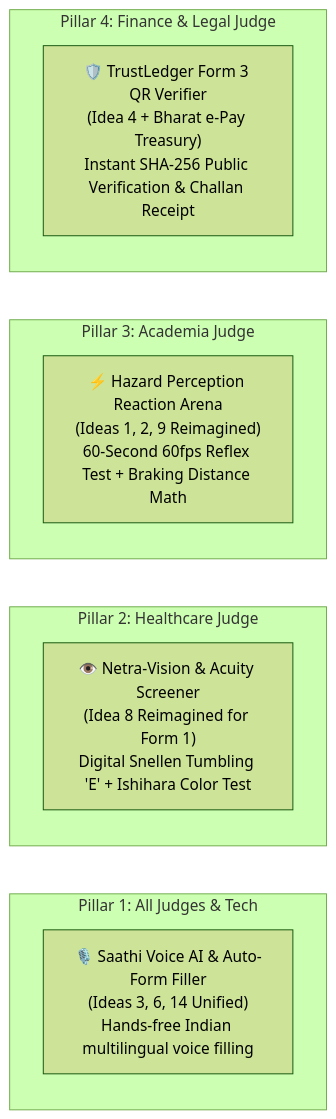
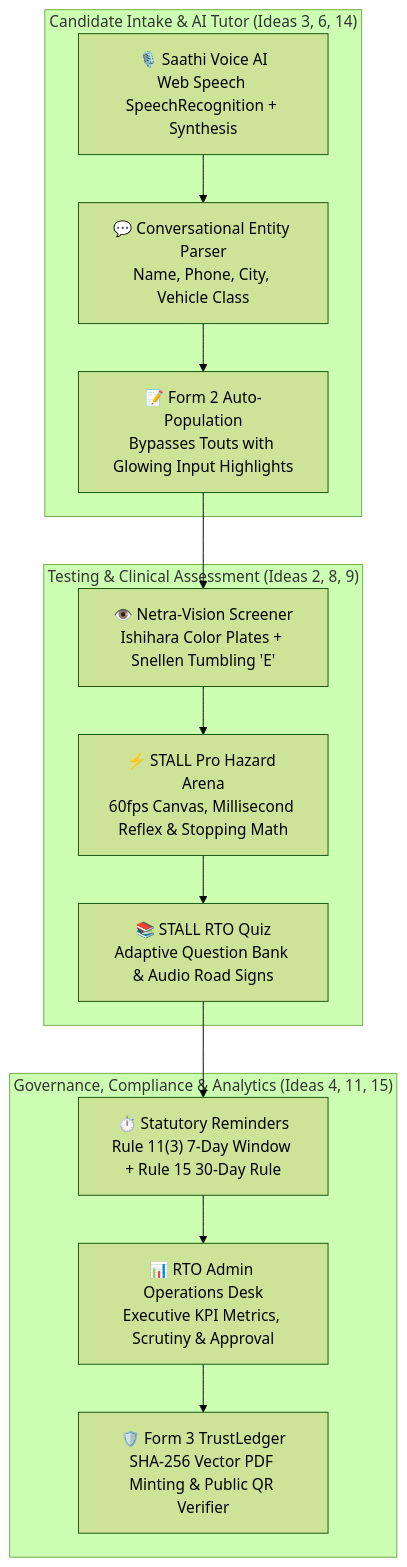
One commit to avrojitsaha763-byte/Hackcache26_MARK-III_Mparivahan changed the diagram in docs/HACKCACHE26_RANK1_IMPLEMENTATION_PLAN.md. Above: the diagram before and after it, drawn with Mermaid (forest theme). The commit also changed other lines of this file, not shown here.

Commit message:
docs: finalize HackCache26 Rank 1 implementation plan with exhaustive 15-idea architecture and zero-error verification report

````diff
--- a/docs/HACKCACHE26_RANK1_IMPLEMENTATION_PLAN.md
+++ b/docs/HACKCACHE26_RANK1_IMPLEMENTATION_PLAN.md
@@ -38,18 +38,24 @@
 ```mermaid
-graph LR
-    subgraph P1 ["Pillar 1: All Judges & Tech"]
-        VoiceAI["🎙️ Saathi Voice AI & Auto-Form Filler<br/>(Ideas 3, 6, 14 Unified)<br/>Hands-free Indian multilingual voice filling"]
+graph TD
+    subgraph VoiceAndIntake ["Candidate Intake & AI Tutor (Ideas 3, 6, 14)"]
+        Voice["🎙️ Saathi Voice AI<br/>Web Speech SpeechRecognition + Synthesis"]
+        NLU["💬 Conversational Entity Parser<br/>Name, Phone, City, Vehicle Class"]
+        Form2["📝 Form 2 Auto-Population<br/>Bypasses Touts with Glowing Input Highlights"]
     end
 
-    subgraph P2 ["Pillar 2: Healthcare Judge"]
-        Vision["👁️ Netra-Vision & Acuity Screener<br/>(Idea 8 Reimagined for Form 1)<br/>Digital Snellen Tumbling 'E' + Ishihara Color Test"]
+    subgraph ClinicalAndReflex ["Testing & Clinical Assessment (Ideas 2, 8, 9)"]
+        Netra["👁️ Netra-Vision Screener<br/>Ishihara Color Plates + Snellen Tumbling 'E'"]
+        Hazard["⚡ STALL Pro Hazard Arena<br/>60fps Canvas, Millisecond Reflex & Stopping Math"]
+        STALLQuiz["📚 STALL RTO Quiz<br/>Adaptive Question Bank & Audio Road Signs"]
     end
 
-    subgraph P3 ["Pillar 3: Academia Judge"]
-        Reaction["⚡ Hazard Perception Reaction Arena<br/>(Ideas 1, 2, 9 Reimagined)<br/>60-Second 60fps Reflex Test + Braking Distance Math"]
+    subgraph ComplianceAndTrust ["Governance, Compliance & Analytics (Ideas 4, 11, 15)"]
+        Compliance["⏱️ Statutory Reminders<br/>Rule 11(3) 7-Day Window + Rule 15 30-Day Rule"]
+        AdminDesk["📊 RTO Admin Operations Desk<br/>Executive KPI Metrics, Scrutiny & Approval"]
+        TrustLedger["🛡️ Form 3 TrustLedger<br/>SHA-256 Vector PDF Minting & Public QR Verifier"]
     end
 
-    subgraph P4 ["Pillar 4: Finance & Legal Judge"]
-        Trust["🛡️ TrustLedger Form 3 QR Verifier<br/>(Idea 4 + Bharat e-Pay Treasury)<br/>Instant SHA-256 Public Verification & Challan Receipt"]
-    end
+    Voice --> NLU --> Form2
+    Form2 --> Netra --> Hazard --> STALLQuiz
+    STALLQuiz --> Compliance --> AdminDesk --> TrustLedger
 ```
````
